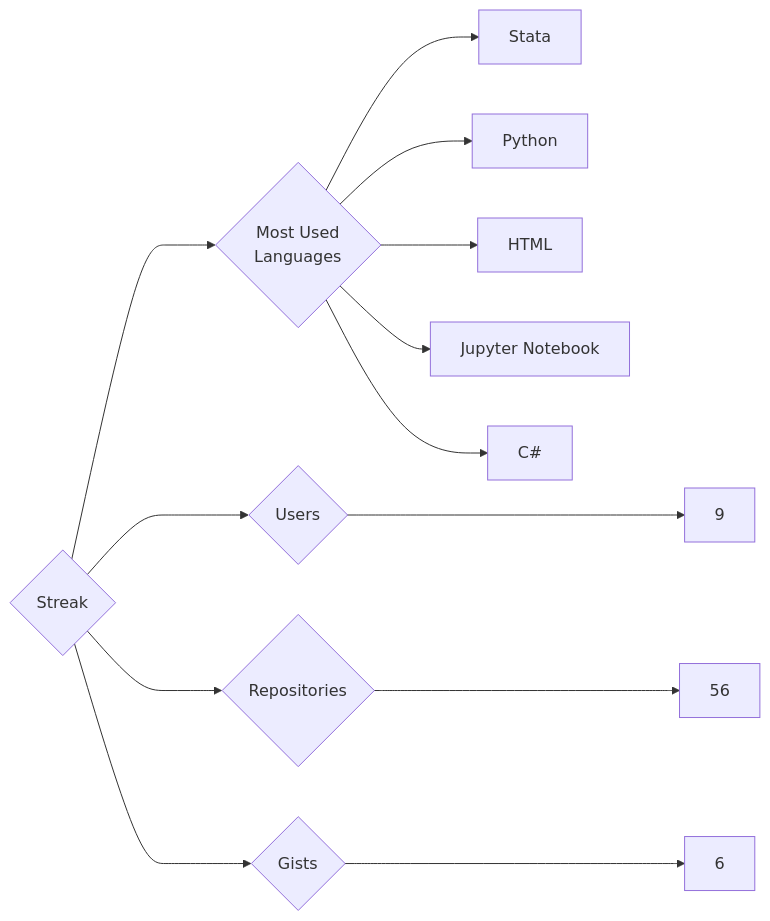
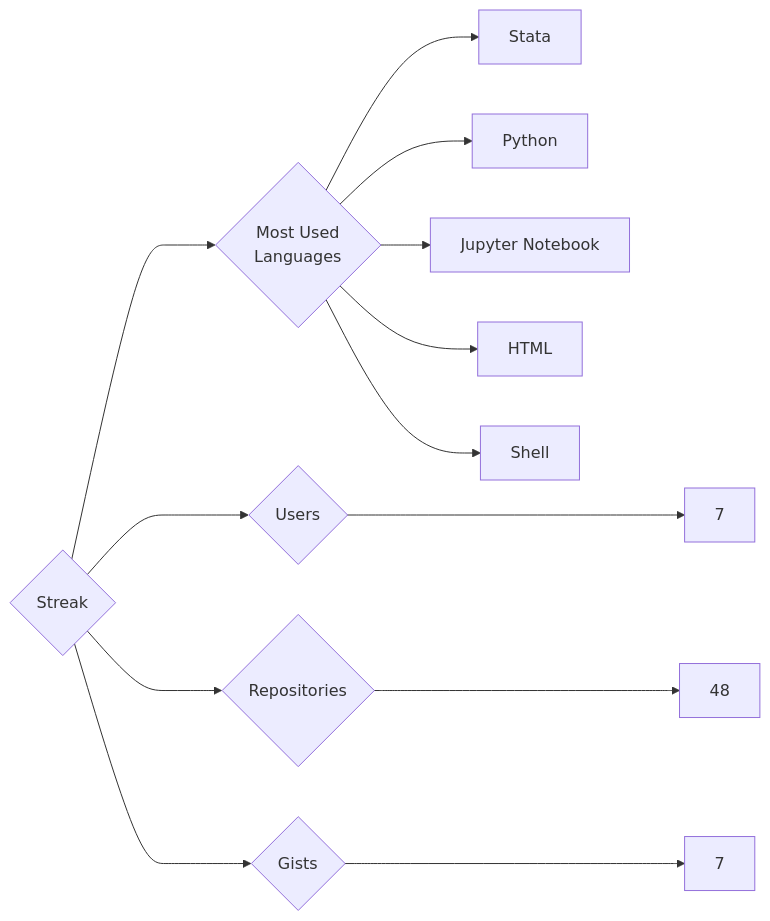
One commit to trickest/insiders changed the diagram in targets/Streak/README.md. Above: the diagram before and after it, drawn with Mermaid. The commit also changed 939 other files, not shown here.

````diff
--- a/targets/Streak/README.md
+++ b/targets/Streak/README.md
@@ -3,13 +3,13 @@
 ```mermaid
 graph LR
 COMPANY_NAME{Streak}
-COMPANY_NAME ---> U{Users} ---> UN[9]
-COMPANY_NAME ---> R{Repositories} ---> RN[56]
-COMPANY_NAME ---> G{Gists} ---> GN[6]
+COMPANY_NAME ---> U{Users} ---> UN[7]
+COMPANY_NAME ---> R{Repositories} ---> RN[48]
+COMPANY_NAME ---> G{Gists} ---> GN[7]
 COMPANY_NAME ---> ML{Most Used<br>Languages}
 ML --> Stata[Stata]
 ML --> Python[Python]
+ML --> Jupyter_Notebook[Jupyter Notebook]
 ML --> HTML[HTML]
-ML --> Jupyter_Notebook[Jupyter Notebook]
-ML --> C#[C#]
+ML --> Shell[Shell]
 ```
````
